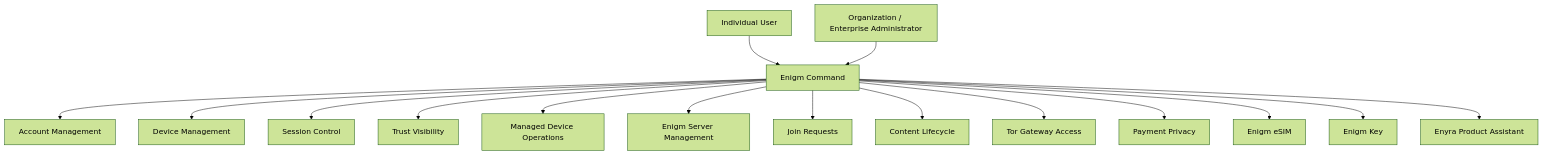
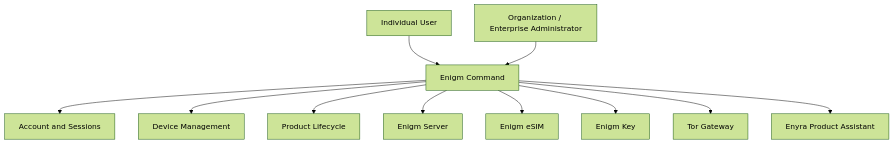
The diagram in command/overview.mdx (enigm-llc/docs), drawn with Mermaid (forest theme) before and after one commit. The commit also changed other lines of this file and 22 other files, not shown here.

````diff
--- a/command/overview.mdx
+++ b/command/overview.mdx
@@ -20,18 +18,13 @@
 ```mermaid
 flowchart TD
-  User["Individual User"] --> CP["Enigm Command"]
-  Enterprise["Organization / Enterprise Administrator"] --> CP
-  CP --> Account["Account Management"]
-  CP --> Device["Device Management"]
-  CP --> Sessions["Session Control"]
-  CP --> Trust["Trust Visibility"]
-  CP --> Managed["Managed Device Operations"]
-  CP --> Servers["Enigm Server Management"]
-  CP --> Invites["Join Requests"]
-  CP --> Content["Content Lifecycle"]
-  CP --> Tor["Tor Gateway Access"]
-  CP --> Payments["Payment Privacy"]
-  CP --> ESIM["Enigm eSIM"]
-  CP --> Key["Enigm Key"]
-  CP --> Assistant["Enyra Product Assistant"]
+  User["Individual User"] --> Command["Enigm Command"]
+  Enterprise["Organization / Enterprise Administrator"] --> Command
+  Command --> Account["Account and Sessions"]
+  Command --> Devices["Device Management"]
+  Command --> Products["Product Lifecycle"]
+  Command --> Server["Enigm Server"]
+  Command --> ESIM["Enigm eSIM"]
+  Command --> Key["Enigm Key"]
+  Command --> Tor["Tor Gateway"]
+  Command --> Assistant["Enyra Product Assistant"]
 ```
````
